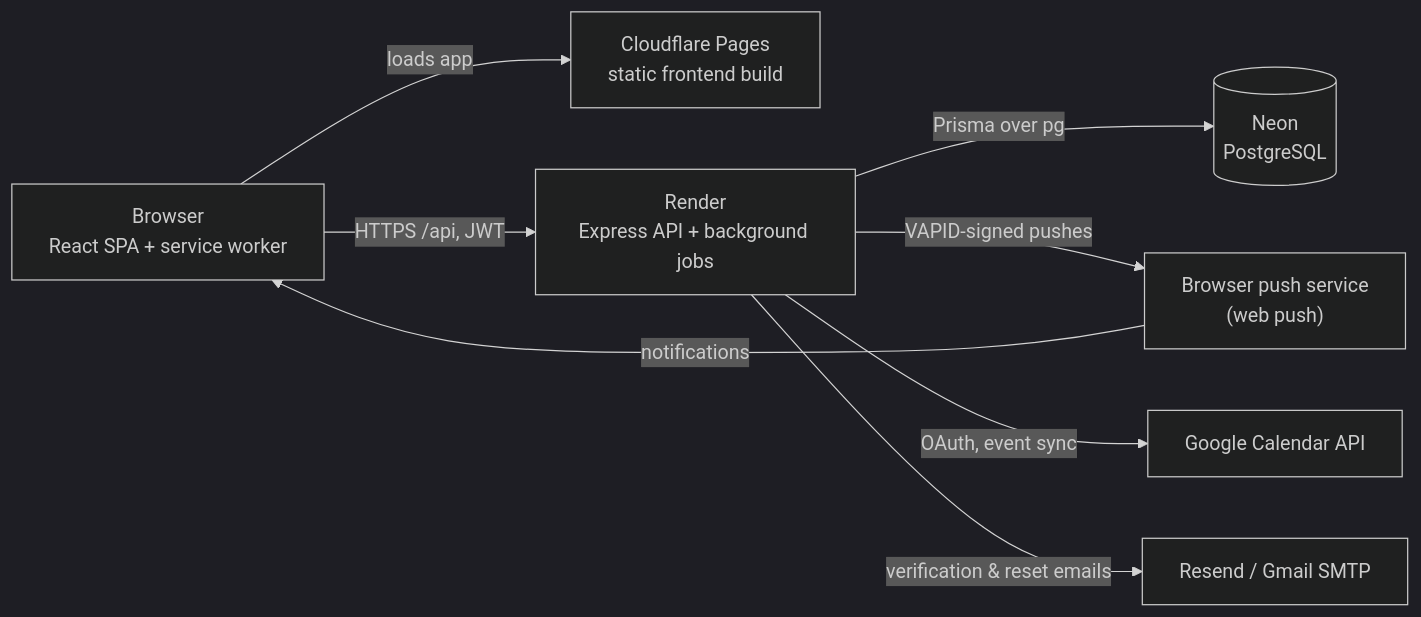
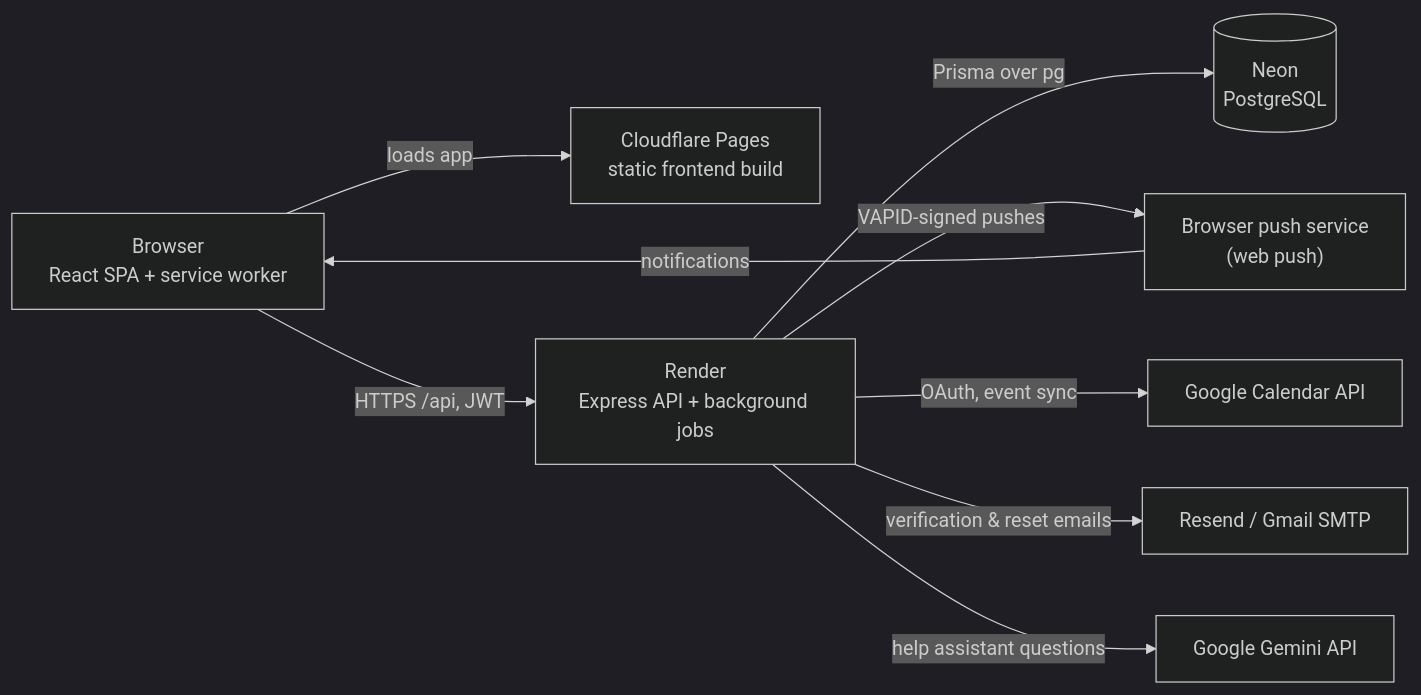
The diagram in docs/architecture.md (DiMpho-20/coms3011a-logbook-digital-logbook), drawn with Mermaid (dark theme) before and after one commit. The commit also changed other lines of this file and 9 other files, not shown here.

First line of the commit message:
docs: bring architecture, schema and setup pages up to date

````diff
--- a/docs/architecture.md
+++ b/docs/architecture.md
@@ -7,18 +7,20 @@
 ```mermaid
 flowchart LR
     Browser["Browser<br/>React SPA + service worker"]
     Pages["Cloudflare Pages<br/>static frontend build"]
     API["Render<br/>Express API + background jobs"]
     DB[("Neon<br/>PostgreSQL")]
     Push["Browser push service<br/>(web push)"]
     Google["Google Calendar API"]
     Mail["Resend / Gmail SMTP"]
+    Gemini["Google Gemini API"]
 
     Browser -- "loads app" --> Pages
     Browser -- "HTTPS /api, JWT" --> API
     API -- "Prisma over pg" --> DB
     API -- "VAPID-signed pushes" --> Push
     Push -- "notifications" --> Browser
     API -- "OAuth, event sync" --> Google
     API -- "verification & reset emails" --> Mail
+    API -- "help assistant questions" --> Gemini
 ```
````
